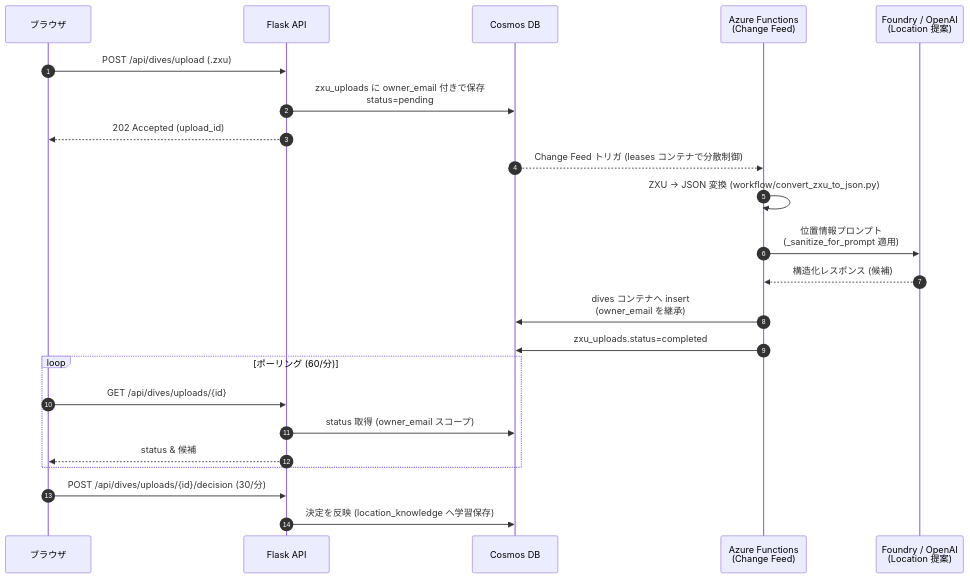
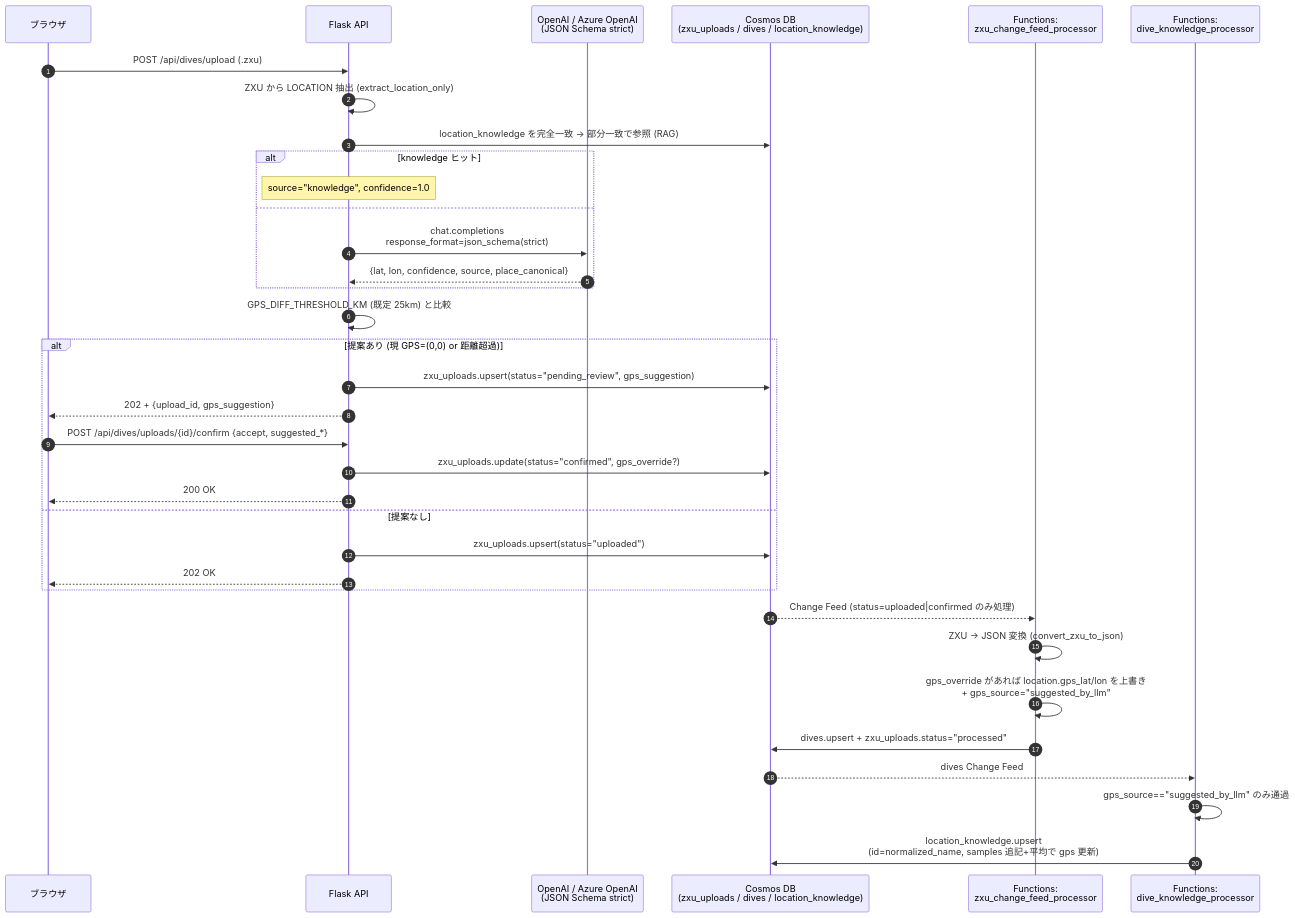
The third of 3 diagrams in docs/architecture.md (mahya8585/divelog), drawn with Mermaid before and after one commit. The commit also changed other lines of this file and 29 other files, not shown here.

````diff
--- a/docs/architecture.md
+++ b/docs/architecture.md
@@ -107,29 +107,40 @@
 ```mermaid
 sequenceDiagram
     autonumber
     participant U as ブラウザ
     participant API as Flask API
-    participant COS as Cosmos DB
-    participant FN as Azure Functions<br/>(Change Feed)
-    participant LLM as Foundry / OpenAI<br/>(Location 提案)
+    participant LLM as OpenAI / Azure OpenAI<br/>(JSON Schema strict)
+    participant COS as Cosmos DB<br/>(zxu_uploads / dives / location_knowledge)
+    participant FN1 as Functions:<br/>zxu_change_feed_processor
+    participant FN2 as Functions:<br/>dive_knowledge_processor
 
     U->>API: POST /api/dives/upload (.zxu)
-    API->>COS: zxu_uploads に owner_email 付きで保存<br/>status=pending
-    API-->>U: 202 Accepted (upload_id)
-
-    COS-->>FN: Change Feed トリガ (leases コンテナで分散制御)
-    FN->>FN: ZXU → JSON 変換 (workflow/convert_zxu_to_json.py)
-    FN->>LLM: 位置情報プロンプト<br/>(_sanitize_for_prompt 適用)
-    LLM-->>FN: 構造化レスポンス (候補)
-    FN->>COS: dives コンテナへ insert<br/>(owner_email を継承)
-    FN->>COS: zxu_uploads.status=completed
-
-    loop ポーリング (60/分)
-        U->>API: GET /api/dives/uploads/{id}
-        API->>COS: status 取得 (owner_email スコープ)
-        API-->>U: status & 候補
+    API->>API: ZXU から LOCATION 抽出 (extract_location_only)
+    API->>COS: location_knowledge を完全一致 → 部分一致で参照 (RAG)
+    alt knowledge ヒット
+        Note over API: source="knowledge", confidence=1.0
+    else
+        API->>LLM: chat.completions<br/>response_format=json_schema(strict)
+        LLM-->>API: {lat, lon, confidence, source, place_canonical}
+    end
+    API->>API: GPS_DIFF_THRESHOLD_KM (既定 25km) と比較
+    alt 提案あり (現 GPS=(0,0) or 距離超過)
+        API->>COS: zxu_uploads.upsert(status="pending_review", gps_suggestion)
+        API-->>U: 202 + {upload_id, gps_suggestion}
+        U->>API: POST /api/dives/uploads/{id}/confirm {accept, suggested_*}
+        API->>COS: zxu_uploads.update(status="confirmed", gps_override?)
+        API-->>U: 200 OK
+    else 提案なし
+        API->>COS: zxu_uploads.upsert(status="uploaded")
+        API-->>U: 202 OK
     end
 
-    U->>API: POST /api/dives/uploads/{id}/decision (30/分)
-    API->>COS: 決定を反映 (location_knowledge へ学習保存)
+    COS-->>FN1: Change Feed (status=uploaded|confirmed のみ処理)
+    FN1->>FN1: ZXU → JSON 変換 (convert_zxu_to_json)
+    FN1->>FN1: gps_override があれば location.gps_lat/lon を上書き<br/>+ gps_source="suggested_by_llm"
+    FN1->>COS: dives.upsert + zxu_uploads.status="processed"
+
+    COS-->>FN2: dives Change Feed
+    FN2->>FN2: gps_source=="suggested_by_llm" のみ通過
+    FN2->>COS: location_knowledge.upsert<br/>(id=normalized_name, samples 追記+平均で gps 更新)
 ```
````
